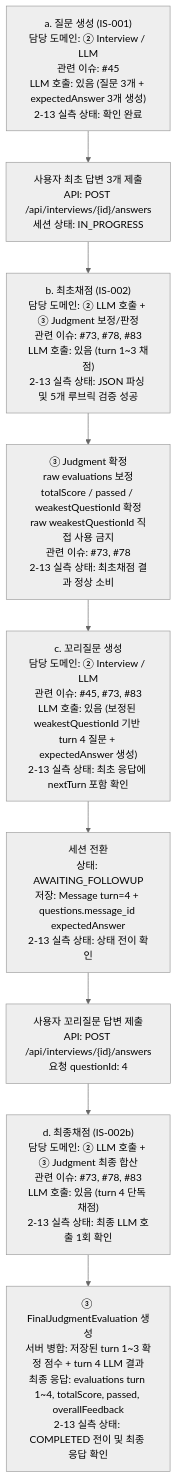
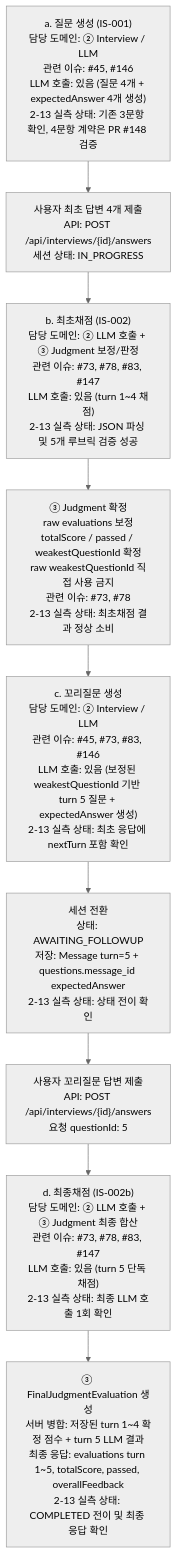
The diagram in docs/ai/is-002-flow-diagram.md (Lee1sd/INT2_Team3_Vibe_BE), drawn with Mermaid (neutral theme) before and after one commit. The commit also changed other lines of this file and 40 other files, not shown here.

````diff
--- a/docs/ai/is-002-flow-diagram.md
+++ b/docs/ai/is-002-flow-diagram.md
@@ -6,18 +6,18 @@
 ```mermaid
 flowchart TD
-    A["a. 질문 생성 (IS-001)<br/>담당 도메인: ② Interview / LLM<br/>관련 이슈: #45<br/>LLM 호출: 있음 (질문 3개 + expectedAnswer 3개 생성)<br/>2-13 실측 상태: 확인 완료"] --> B["사용자 최초 답변 3개 제출<br/>API: POST /api/interviews/{id}/answers<br/>세션 상태: IN_PROGRESS"]
+    A["a. 질문 생성 (IS-001)<br/>담당 도메인: ② Interview / LLM<br/>관련 이슈: #45, #146<br/>LLM 호출: 있음 (질문 4개 + expectedAnswer 4개 생성)<br/>2-13 실측 상태: 기존 3문항 확인, 4문항 계약은 PR #148 검증"] --> B["사용자 최초 답변 4개 제출<br/>API: POST /api/interviews/{id}/answers<br/>세션 상태: IN_PROGRESS"]
 
-    B --> C["b. 최초채점 (IS-002)<br/>담당 도메인: ② LLM 호출 + ③ Judgment 보정/판정<br/>관련 이슈: #73, #78, #83<br/>LLM 호출: 있음 (turn 1~3 채점)<br/>2-13 실측 상태: JSON 파싱 및 5개 루브릭 검증 성공"]
+    B --> C["b. 최초채점 (IS-002)<br/>담당 도메인: ② LLM 호출 + ③ Judgment 보정/판정<br/>관련 이슈: #73, #78, #83, #147<br/>LLM 호출: 있음 (turn 1~4 채점)<br/>2-13 실측 상태: JSON 파싱 및 5개 루브릭 검증 성공"]
 
     C --> D["③ Judgment 확정<br/>raw evaluations 보정<br/>totalScore / passed / weakestQuestionId 확정<br/>raw weakestQuestionId 직접 사용 금지<br/>관련 이슈: #73, #78<br/>2-13 실측 상태: 최초채점 결과 정상 소비"]
 
-    D --> E["c. 꼬리질문 생성<br/>담당 도메인: ② Interview / LLM<br/>관련 이슈: #45, #73, #83<br/>LLM 호출: 있음 (보정된 weakestQuestionId 기반 turn 4 질문 + expectedAnswer 생성)<br/>2-13 실측 상태: 최초 응답에 nextTurn 포함 확인"]
+    D --> E["c. 꼬리질문 생성<br/>담당 도메인: ② Interview / LLM<br/>관련 이슈: #45, #73, #83, #146<br/>LLM 호출: 있음 (보정된 weakestQuestionId 기반 turn 5 질문 + expectedAnswer 생성)<br/>2-13 실측 상태: 최초 응답에 nextTurn 포함 확인"]
 
-    E --> F["세션 전환<br/>상태: AWAITING_FOLLOWUP<br/>저장: Message turn=4 + questions.message_id expectedAnswer<br/>2-13 실측 상태: 상태 전이 확인"]
+    E --> F["세션 전환<br/>상태: AWAITING_FOLLOWUP<br/>저장: Message turn=5 + questions.message_id expectedAnswer<br/>2-13 실측 상태: 상태 전이 확인"]
 
-    F --> G["사용자 꼬리질문 답변 제출<br/>API: POST /api/interviews/{id}/answers<br/>요청 questionId: 4"]
+    F --> G["사용자 꼬리질문 답변 제출<br/>API: POST /api/interviews/{id}/answers<br/>요청 questionId: 5"]
 
-    G --> H["d. 최종채점 (IS-002b)<br/>담당 도메인: ② LLM 호출 + ③ Judgment 최종 합산<br/>관련 이슈: #73, #78, #83<br/>LLM 호출: 있음 (turn 4 단독 채점)<br/>2-13 실측 상태: 최종 LLM 호출 1회 확인"]
+    G --> H["d. 최종채점 (IS-002b)<br/>담당 도메인: ② LLM 호출 + ③ Judgment 최종 합산<br/>관련 이슈: #73, #78, #83, #147<br/>LLM 호출: 있음 (turn 5 단독 채점)<br/>2-13 실측 상태: 최종 LLM 호출 1회 확인"]
 
-    H --> I["③ FinalJudgmentEvaluation 생성<br/>서버 병합: 저장된 turn 1~3 확정 점수 + turn 4 LLM 결과<br/>최종 응답: evaluations turn 1~4, totalScore, passed, overallFeedback<br/>2-13 실측 상태: COMPLETED 전이 및 최종 응답 확인"]
+    H --> I["③ FinalJudgmentEvaluation 생성<br/>서버 병합: 저장된 turn 1~4 확정 점수 + turn 5 LLM 결과<br/>최종 응답: evaluations turn 1~5, totalScore, passed, overallFeedback<br/>2-13 실측 상태: COMPLETED 전이 및 최종 응답 확인"]
 ```
````
